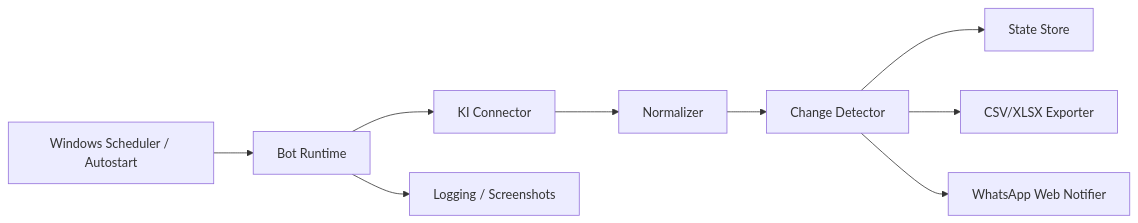
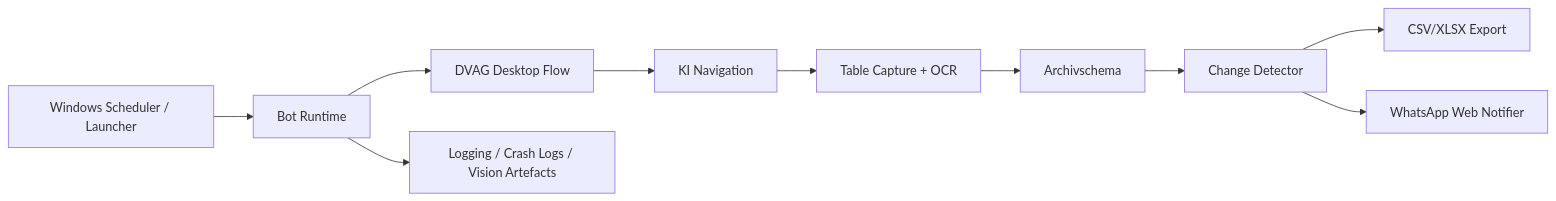
Before and after one commit to SmartFactoring24/vertriebs-automation: the diagram in docs/architecture.md, drawn with Mermaid. The commit also changed other lines of this file and 18 other files, not shown here.

Commit message:
Add installer prompts and stabilize KI archiving flow

````diff
--- a/docs/architecture.md
+++ b/docs/architecture.md
@@ -9,11 +9,12 @@
 ```mermaid
 flowchart LR
-    A[Windows Scheduler / Autostart] --> B[Bot Runtime]
-    B --> C[KI Connector]
-    C --> D[Normalizer]
-    D --> E[Change Detector]
-    E --> F[State Store]
-    E --> G[CSV/XLSX Exporter]
-    E --> H[WhatsApp Web Notifier]
-    B --> I[Logging / Screenshots]
+    A[Windows Scheduler / Launcher] --> B[Bot Runtime]
+    B --> C[DVAG Desktop Flow]
+    C --> D[KI Navigation]
+    D --> E[Table Capture + OCR]
+    E --> F[Archivschema]
+    F --> G[Change Detector]
+    G --> H[CSV/XLSX Export]
+    G --> I[WhatsApp Web Notifier]
+    B --> J[Logging / Crash Logs / Vision Artefacts]
 ```
````
